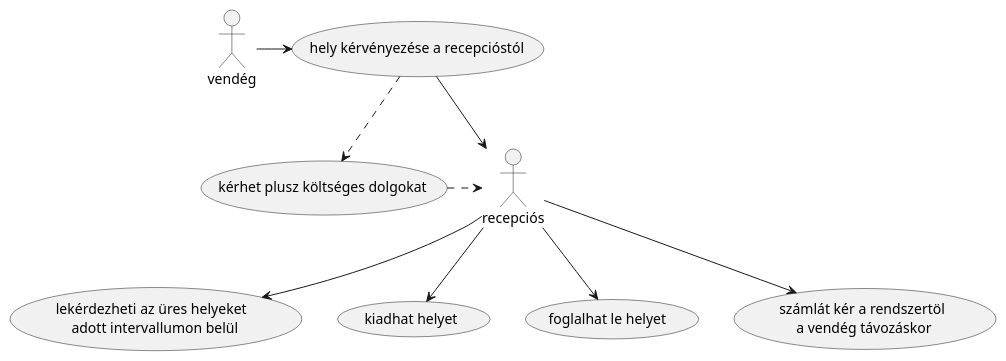
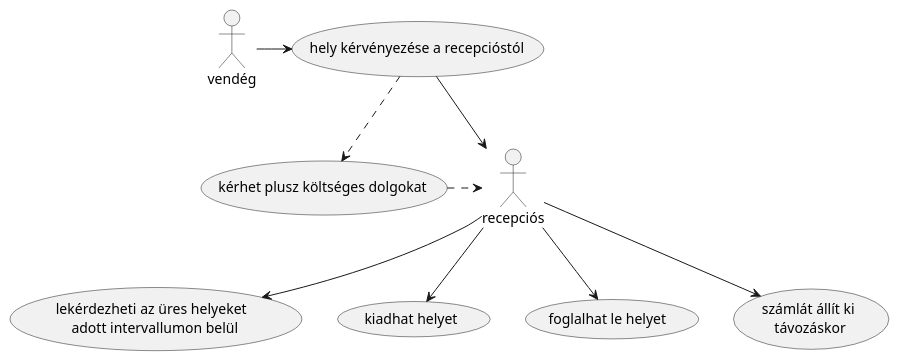
One commit to krbm4rk/5_csoport changed the diagram in docs/Campaing Use Case.puml. Above: the diagram before and after it, drawn with PlantUML.

```diff
--- a/docs/Campaing Use Case.puml
+++ b/docs/Campaing Use Case.puml
@@ -1,11 +1,11 @@
 @startuml
 vendég -> (hely kérvényezése a recepcióstól)
 (hely kérvényezése a recepcióstól) ..> (kérhet plusz költséges dolgokat)
 (hely kérvényezése a recepcióstól) -> :recepciós:
 (kérhet plusz költséges dolgokat)  .> :recepciós:
 :recepciós: --> (lekérdezheti az üres helyeket \n adott intervallumon belül)
 
 :recepciós: --> (kiadhat helyet)
 :recepciós: --> (foglalhat le helyet )
-:recepciós: -->(számlát kér a rendszertöl\n a vendég távozáskor)
+:recepciós: -->(számlát állít ki\n távozáskor)
 @enduml
```
